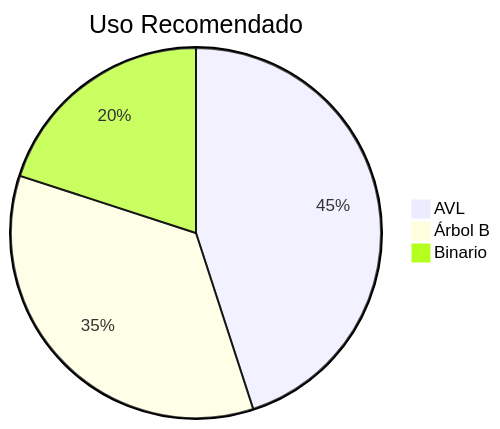
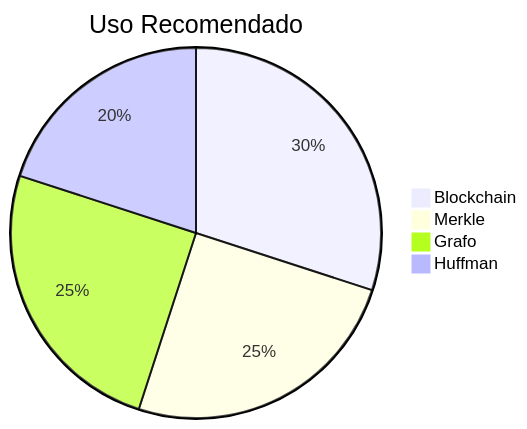
The seventh of 7 diagrams in Phase3/docs/dev_manual.md (marcosbondel/EDD_1S2025_202202410), drawn with Mermaid before and after one commit. The commit also changed other lines of this file, not shown here.

````diff
--- a/Phase3/docs/dev_manual.md
+++ b/Phase3/docs/dev_manual.md
@@ -183,7 +220,8 @@
 ```mermaid
 pie
     title Uso Recomendado
-    "AVL" : 45
-    "Árbol B" : 35
-    "Binario" : 20
+    "Blockchain" : 30
+    "Merkle" : 25
+    "Grafo" : 25
+    "Huffman" : 20
 ```
````
